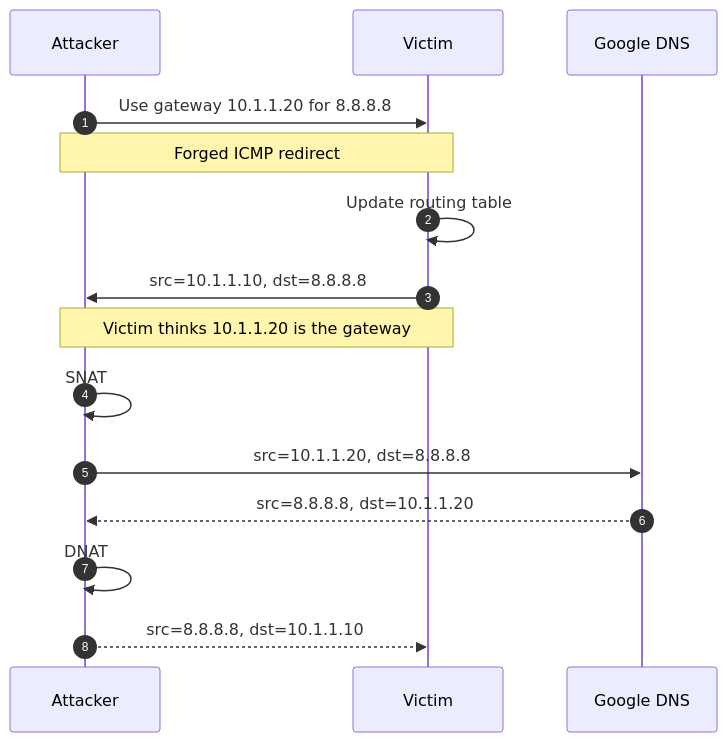
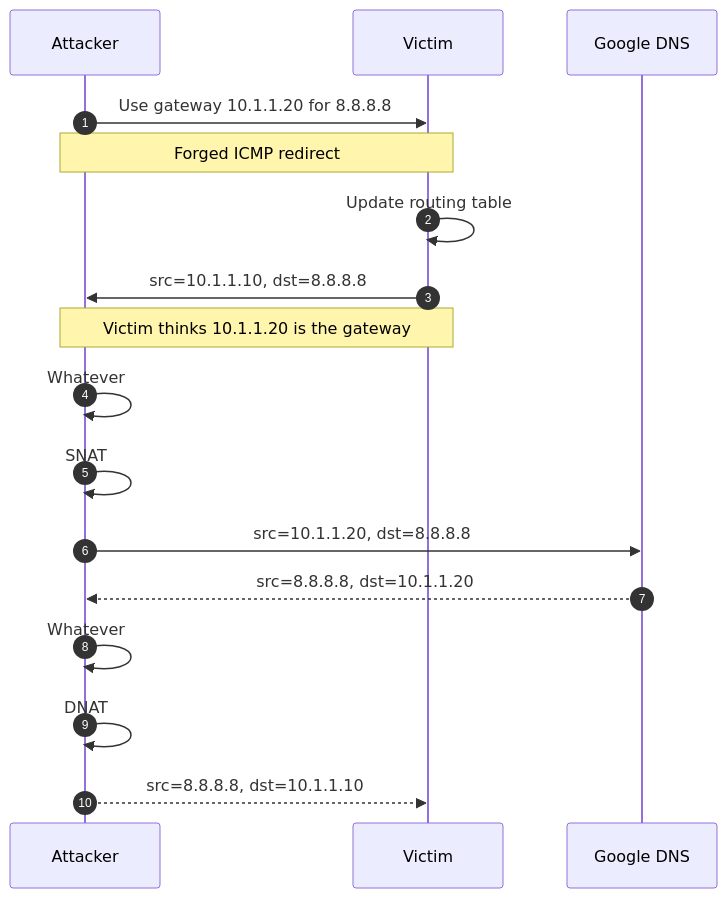
One commit to fglmtt/admin changed the second of 3 diagrams in lectures/11-networking.md. Above: the diagram before and after it, drawn with Mermaid. The commit also changed other lines of this file, not shown here.

````diff
--- a/lectures/11-networking.md
+++ b/lectures/11-networking.md
@@ -368,15 +367,17 @@
 ```mermaid
 sequenceDiagram
     autonumber
     Attacker ->> Victim: Use gateway 10.1.1.20 for 8.8.8.8 
     Note over Attacker, Victim: Forged ICMP redirect
     Victim ->> Victim: Update routing table
 
     Victim ->> Attacker: src=10.1.1.10, dst=8.8.8.8
     Note over Victim, Attacker: Victim thinks 10.1.1.20 is the gateway
+    Attacker ->> Attacker: Whatever
     Attacker ->> Attacker: SNAT
     Attacker ->> Google DNS: src=10.1.1.20, dst=8.8.8.8
     Google DNS -->> Attacker: src=8.8.8.8, dst=10.1.1.20
+    Attacker ->> Attacker: Whatever
     Attacker ->> Attacker: DNAT
     Attacker -->> Victim: src=8.8.8.8, dst=10.1.1.10
 ```
````
